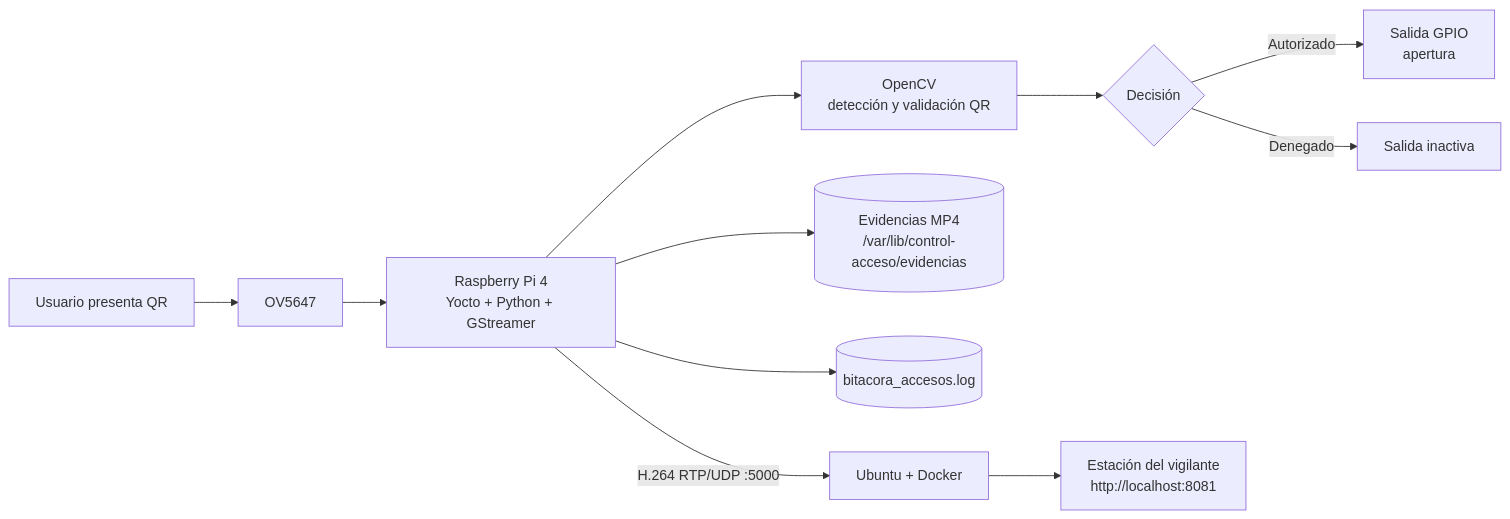
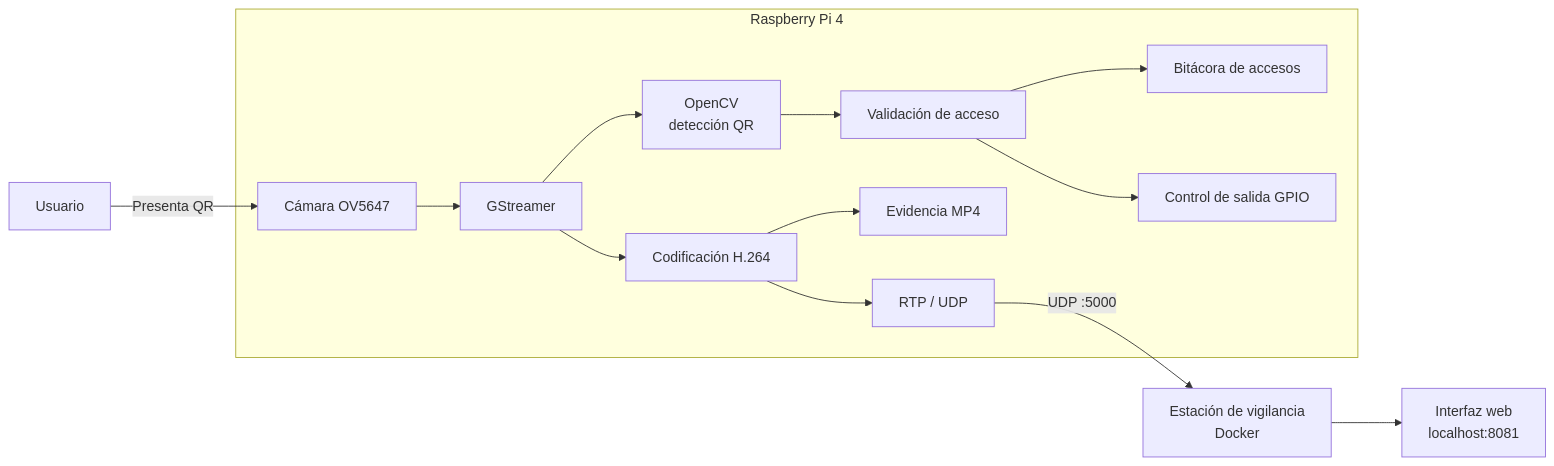
One commit to VeroC25/Project_1_Embebidos changed the diagram in README.md. Above: the diagram before and after it, drawn with Mermaid. The commit also changed other lines of this file, not shown here.

````diff
--- a/README.md
+++ b/README.md
@@ -31,13 +18,20 @@
 ```mermaid
 flowchart LR
-    U[Usuario presenta QR] --> CAM[OV5647]
-    CAM --> RPI[Raspberry Pi 4<br/>Yocto + Python + GStreamer]
-    RPI --> QR[OpenCV<br/>detección y validación QR]
-    QR --> DEC{Decisión}
-    DEC -->|Autorizado| GPIO[Salida GPIO<br/>apertura]
-    DEC -->|Denegado| SAFE[Salida inactiva]
-    RPI --> EVID[(Evidencias MP4<br/>/var/lib/control-acceso/evidencias)]
-    RPI --> LOG[(bitacora_accesos.log)]
-    RPI -->|H.264 RTP/UDP :5000| LAPTOP[Ubuntu + Docker]
-    LAPTOP --> WEB[Estación del vigilante<br/>http://localhost:8081]
+    U["Usuario"] -->|"Presenta QR"| CAM["Cámara OV5647"]
+
+    subgraph RPI["Raspberry Pi 4"]
+        CAM --> GST["GStreamer"]
+        GST --> QR["OpenCV<br/>detección QR"]
+        QR --> DEC["Validación de acceso"]
+
+        GST --> ENC["Codificación H.264"]
+        ENC --> REC["Evidencia MP4"]
+        ENC --> RTP["RTP / UDP"]
+
+        DEC --> LOG["Bitácora de accesos"]
+        DEC --> GPIO["Control de salida GPIO"]
+    end
+
+    RTP -->|"UDP :5000"| DOCKER["Estación de vigilancia<br/>Docker"]
+    DOCKER --> WEB["Interfaz web<br/>localhost:8081"]
 ```
````
